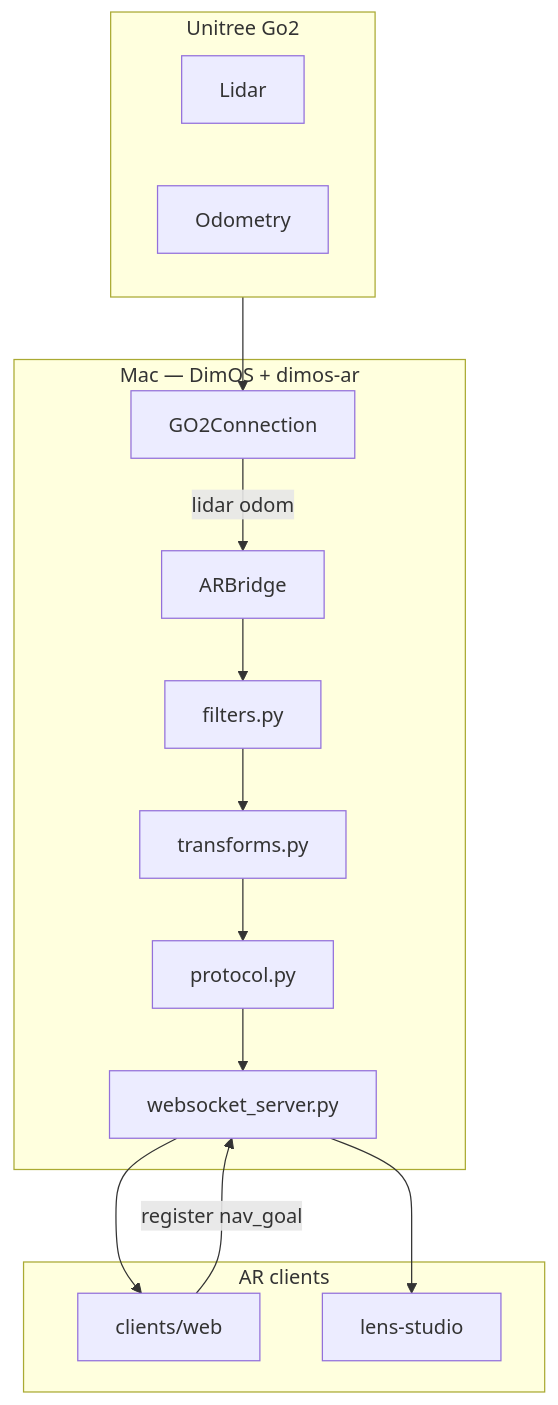
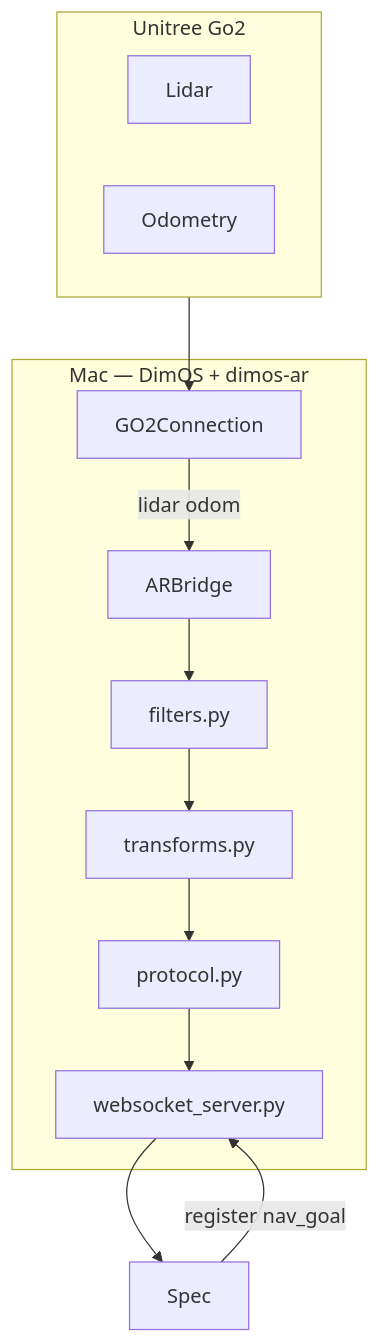
One commit to V4C38/spectacles-dimensional-os changed the second of 2 diagrams in README.md. Above: the diagram before and after it, drawn with Mermaid. The commit also changed other lines of this file and 66 other files, not shown here.

````diff
--- a/README.md
+++ b/README.md
@@ -233,29 +235,23 @@
 ```mermaid
 flowchart TB
     subgraph Robot [Unitree Go2]
         Lidar[Lidar]
         Odom[Odometry]
     end
 
     subgraph Mac [Mac — DimOS + dimos-ar]
         GO2[GO2Connection]
         Bridge[ARBridge]
         Filter[filters.py]
         Xform[transforms.py]
         Proto[protocol.py]
         WS[websocket_server.py]
 
         GO2 -->|lidar odom| Bridge
         Bridge --> Filter --> Xform --> Proto --> WS
     end
 
-    subgraph Clients [AR clients]
-        Web[clients/web]
-        Spec[lens-studio]
-    end
-
     Robot --> GO2
-    WS --> Web
     WS --> Spec
-    Web -->|register nav_goal| WS
+    Spec -->|register nav_goal| WS
 ```
````
